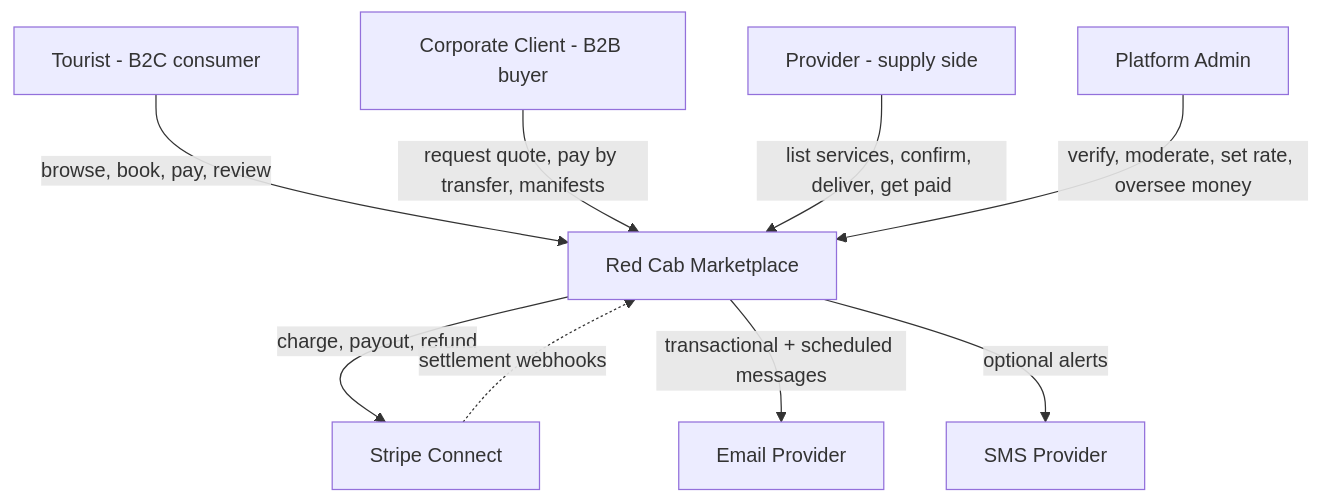
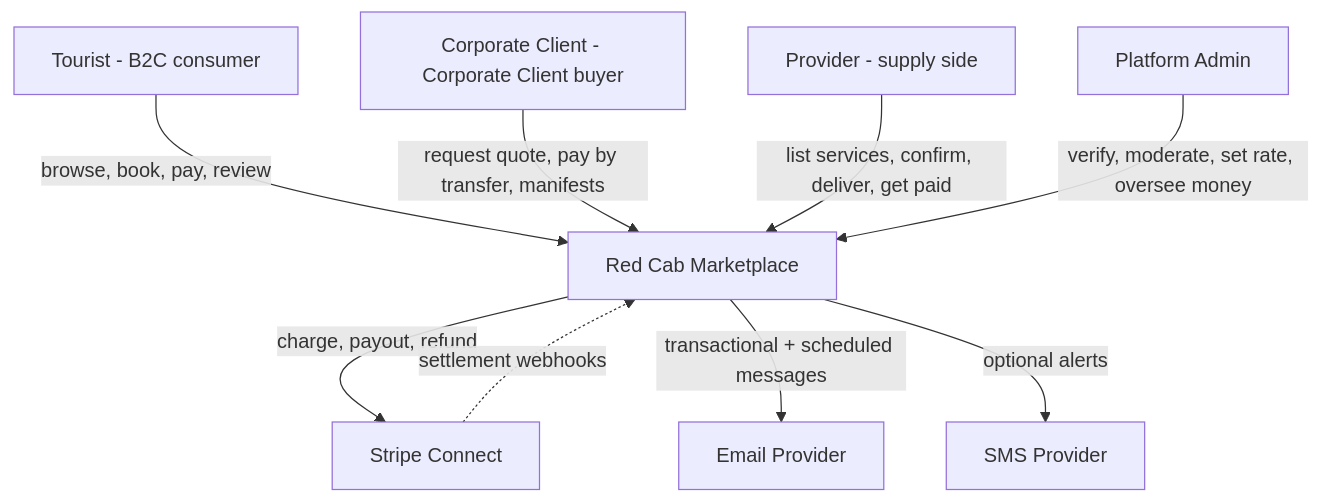
One commit to markmamba/redcab-docs changed the first of 3 diagrams in docs/architecture/overview.md. Above: the diagram before and after it, drawn with Mermaid. The commit also changed other lines of this file and 61 other files, not shown here.

````diff
--- a/docs/architecture/overview.md
+++ b/docs/architecture/overview.md
@@ -226,11 +226,11 @@
 ```mermaid
 graph TD
   Tourist[Tourist - B2C consumer] -->|browse, book, pay, review| RC[Red Cab Marketplace]
-  Corp[Corporate Client - B2B buyer] -->|request quote, pay by transfer, manifests| RC
+  Corp[Corporate Client - Corporate Client buyer] -->|request quote, pay by transfer, manifests| RC
   Provider[Provider - supply side] -->|list services, confirm, deliver, get paid| RC
   Admin[Platform Admin] -->|verify, moderate, set rate, oversee money| RC
   RC -->|charge, payout, refund| Stripe[Stripe Connect]
   Stripe -.->|settlement webhooks| RC
   RC -->|transactional + scheduled messages| Email[Email Provider]
   RC -->|optional alerts| SMS[SMS Provider]
 ```
````
